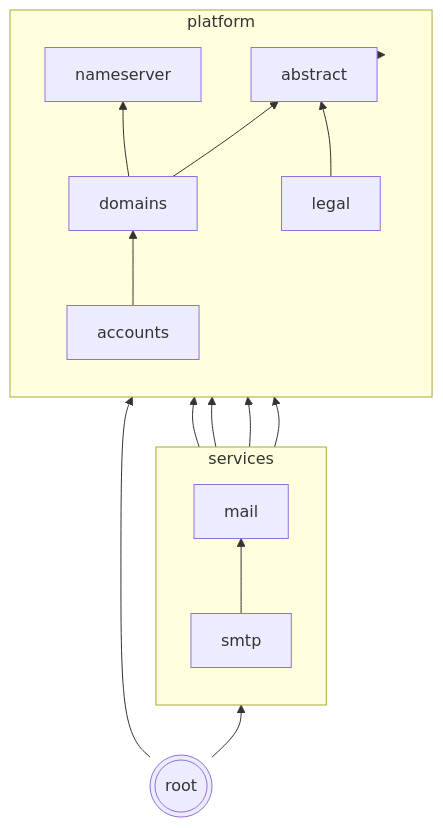
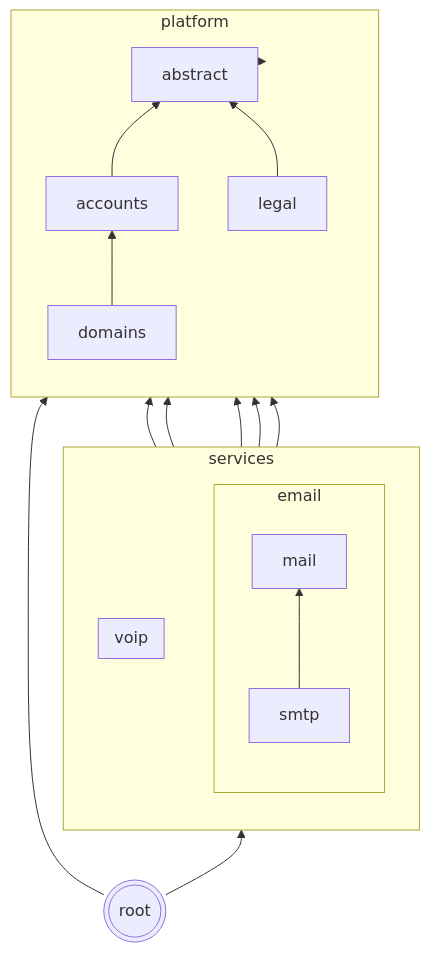
The diagram in README.md (codingjoe/relay), drawn with Mermaid before and after one commit. The commit also changed other lines of this file and 51 other files, not shown here.

````diff
--- a/README.md
+++ b/README.md
@@ -96,29 +96,34 @@
 ```mermaid
 graph BT
  abstract[abstract];
  subgraph platform
  direction BT
- nameserver
+ accounts
  domains
- accounts
  legal
- domains --> nameserver
- domains --> abstract
- accounts --> domains
+ domains --> accounts
+ accounts --> abstract
  legal --> abstract
  end
  subgraph services
+ direction BT
+ subgraph email
  direction BT
  mail
  smtp
  mail --> domains
  mail --> abstract
+ smtp --> accounts
  smtp --> domains
  smtp --> mail
+ end
+ subgraph voip
+ direction BT
+ end
  end
  services --> platform;
  platform --> abstract;
  root --> services;
  root --> platform;
  root(((root)))
 ```
````
